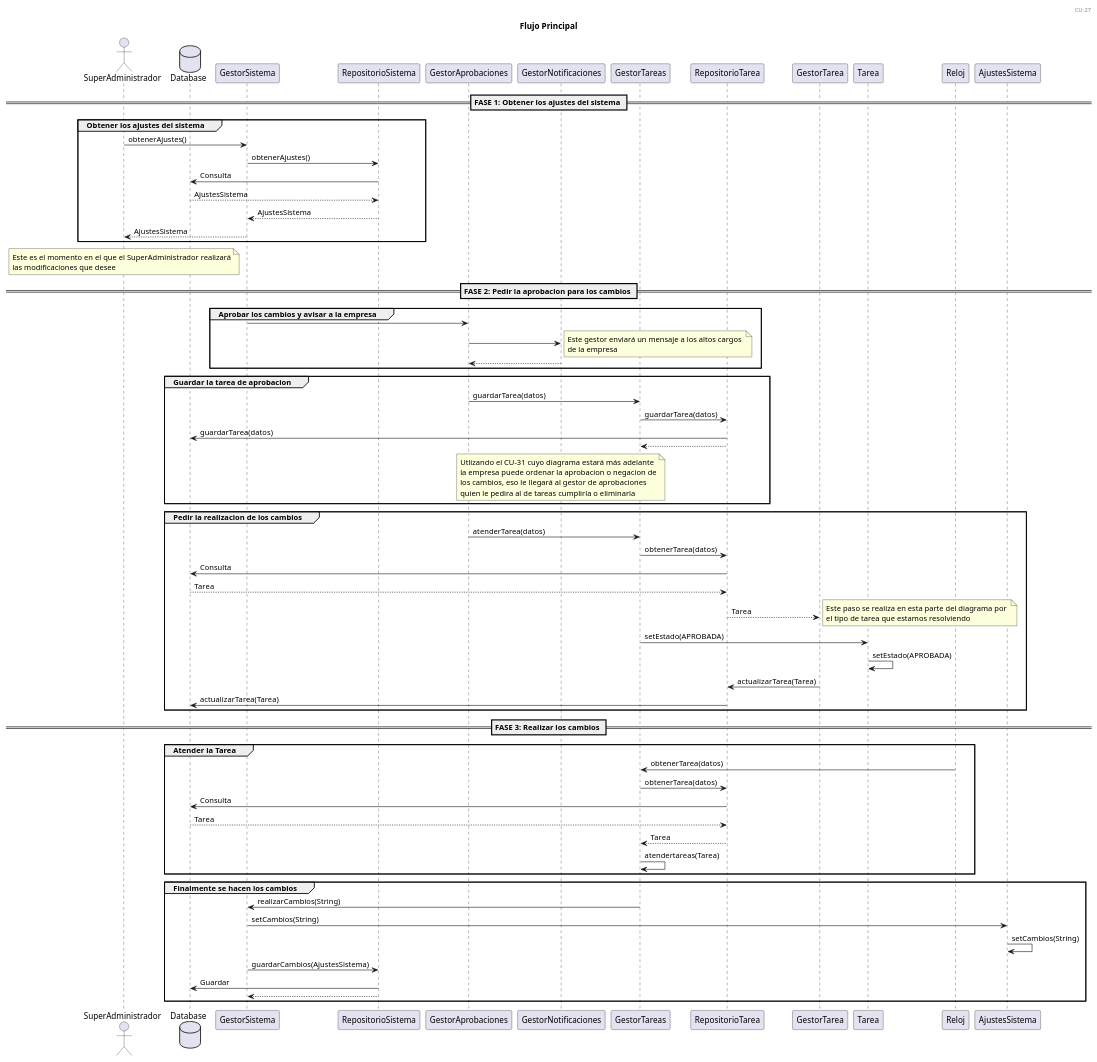
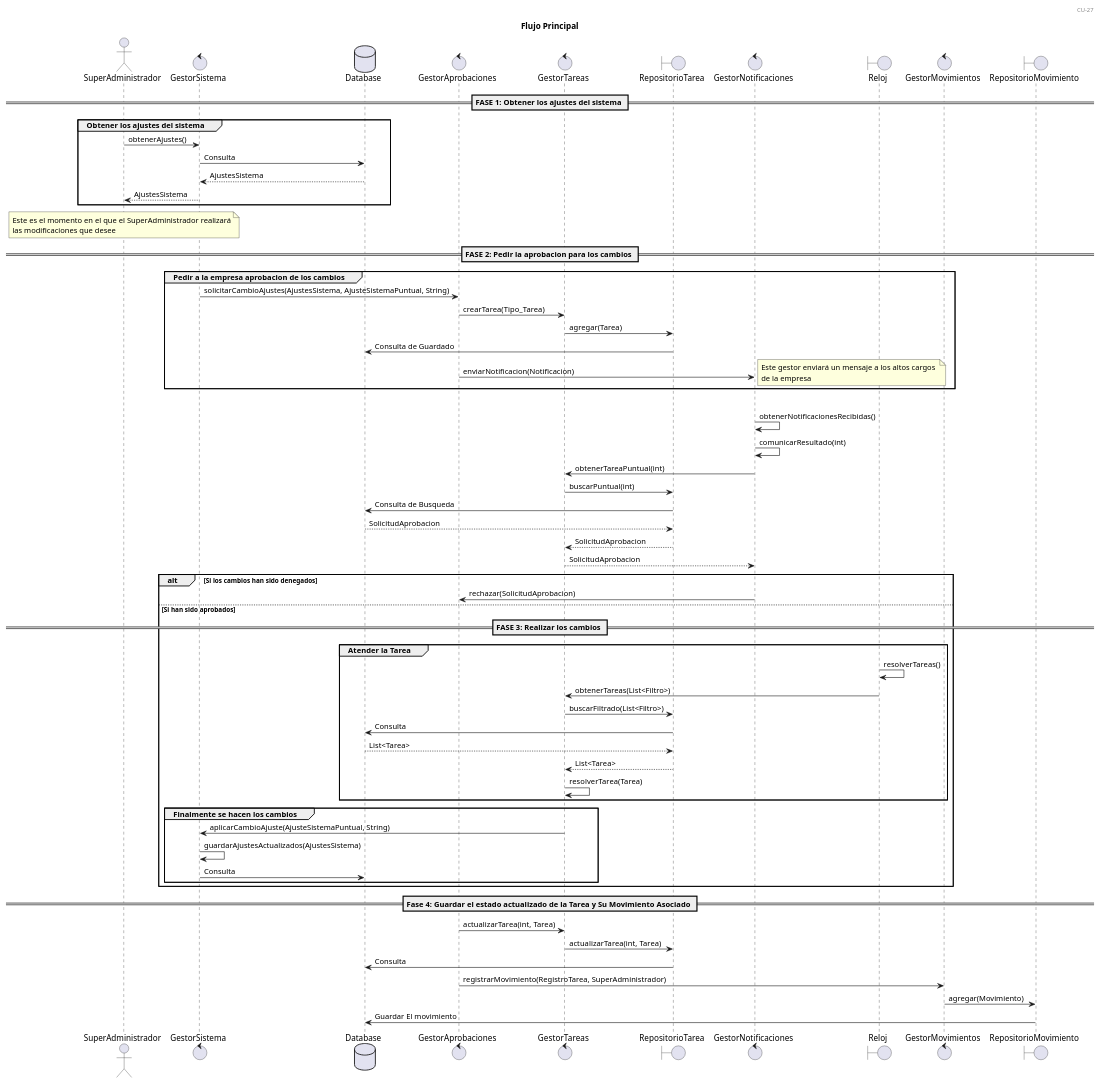
One commit to Vertossse/Elefantes changed the diagram in entrega2/diagramas/secuencias/CU-27.puml. Above: the diagram before and after it, drawn with PlantUML. The commit also changed 9 other files, not shown here.

```diff
--- a/entrega2/diagramas/secuencias/CU-27.puml
+++ b/entrega2/diagramas/secuencias/CU-27.puml
@@ -1,80 +1,80 @@
 @startuml
 
 header CU-27
 title Flujo Principal 
 actor SuperAdministrador
+control GestorSistema 
 database Database
+control GestorAprobaciones
+control GestorTareas 
+boundary RepositorioTarea 
+control GestorNotificaciones
+boundary Reloj 
+control GestorMovimientos
+boundary RepositorioMovimiento 
 == FASE 1: Obtener los ajustes del sistema == 
 group Obtener los ajustes del sistema 
   SuperAdministrador -> GestorSistema : obtenerAjustes()
-  GestorSistema -> RepositorioSistema : obtenerAjustes()
-  RepositorioSistema -> Database : Consulta 
-  Database --> RepositorioSistema : AjustesSistema
-  RepositorioSistema --> GestorSistema : AjustesSistema 
+  GestorSistema -> Database : Consulta 
+  Database --> GestorSistema : AjustesSistema
   GestorSistema --> SuperAdministrador : AjustesSistema
 end group 
 
 note over SuperAdministrador
   Este es el momento en el que el SuperAdministrador realizará
   las modificaciones que desee
 end note
 
 == FASE 2: Pedir la aprobacion para los cambios ==
-group Aprobar los cambios y avisar a la empresa 
-  GestorSistema -> GestorAprobaciones
-  GestorAprobaciones -> GestorNotificaciones
+group Pedir a la empresa aprobacion de los cambios 
+  GestorSistema -> GestorAprobaciones : solicitarCambioAjustes(AjustesSistema, AjusteSistemaPuntual, String)
+  GestorAprobaciones -> GestorTareas : crearTarea(Tipo_Tarea)
+  GestorTareas -> RepositorioTarea : agregar(Tarea)
+  RepositorioTarea -> Database : Consulta de Guardado
+  GestorAprobaciones -> GestorNotificaciones : enviarNotificacion(Notificacion)
   note right 
   Este gestor enviará un mensaje a los altos cargos 
   de la empresa
   end note 
-  GestorNotificaciones --> GestorAprobaciones
 end group 
-group Guardar la tarea de aprobacion
-  GestorAprobaciones -> GestorTareas : guardarTarea(datos)
-  GestorTareas -> RepositorioTarea : guardarTarea(datos)
-  RepositorioTarea -> Database : guardarTarea(datos)
-  RepositorioTarea --> GestorTareas
 
-  note over GestorNotificaciones
-  Utlizando el CU-31 cuyo diagrama estará más adelante
-  la empresa puede ordenar la aprobacion o negacion de
-  los cambios, eso le llegará al gestor de aprobaciones
-  quien le pedira al de tareas cumplirla o eliminarla
-  end note 
-end group 
-  
-group Pedir la realizacion de los cambios 
-GestorAprobaciones -> GestorTareas : atenderTarea(datos)
-GestorTareas -> RepositorioTarea : obtenerTarea(datos)
-RepositorioTarea -> Database : Consulta
-Database --> RepositorioTarea : Tarea
-RepositorioTarea --> GestorTarea : Tarea
-note right
-  Este paso se realiza en esta parte del diagrama por 
-  el tipo de tarea que estamos resolviendo 
-end note
-GestorTareas -> Tarea : setEstado(APROBADA)
-Tarea -> Tarea : setEstado(APROBADA) 
-GestorTarea -> RepositorioTarea : actualizarTarea(Tarea)
-RepositorioTarea -> Database : actualizarTarea(Tarea)
-end group
+group Una vez la empresa tome su decisión 
+GestorNotificaciones -> GestorNotificaciones : obtenerNotificacionesRecibidas()
+GestorNotificaciones -> GestorNotificaciones : comunicarResultado(int)
+GestorNotificaciones -> GestorTareas : obtenerTareaPuntual(int)
+GestorTareas -> RepositorioTarea : buscarPuntual(int)
+RepositorioTarea -> Database : Consulta de Busqueda 
+Database --> RepositorioTarea : SolicitudAprobacion
+RepositorioTarea --> GestorTareas : SolicitudAprobacion
+GestorTareas --> GestorNotificaciones : SolicitudAprobacion
 
+alt Si los cambios han sido denegados 
+GestorNotificaciones -> GestorAprobaciones : rechazar(SolicitudAprobacion)
+else Si han sido aprobados 
 == FASE 3: Realizar los cambios == 
 group Atender la Tarea
-Reloj -> GestorTareas : obtenerTarea(datos)
-GestorTareas -> RepositorioTarea : obtenerTarea(datos)
+Reloj -> Reloj : resolverTareas()
+Reloj -> GestorTareas : obtenerTareas(List<Filtro>)
+GestorTareas -> RepositorioTarea : buscarFiltrado(List<Filtro>)
 RepositorioTarea -> Database : Consulta 
-Database --> RepositorioTarea : Tarea
-RepositorioTarea --> GestorTareas : Tarea
-GestorTareas -> GestorTareas : atendertareas(Tarea)
+Database --> RepositorioTarea : List<Tarea>
+RepositorioTarea --> GestorTareas : List<Tarea>
+GestorTareas -> GestorTareas : resolverTarea(Tarea)
 end group 
 
 group Finalmente se hacen los cambios 
-GestorTareas -> GestorSistema : realizarCambios(String)
-GestorSistema -> AjustesSistema : setCambios(String)
-AjustesSistema -> AjustesSistema : setCambios(String)
-GestorSistema -> RepositorioSistema : guardarCambios(AjustesSistema)
-RepositorioSistema -> Database : Guardar
-RepositorioSistema --> GestorSistema
-end group 
+GestorTareas -> GestorSistema : aplicarCambioAjuste(AjusteSistemaPuntual, String)
+GestorSistema -> GestorSistema : guardarAjustesActualizados(AjustesSistema)
+GestorSistema -> Database : Consulta 
+end group
+end alt 
+
+== Fase 4: Guardar el estado actualizado de la Tarea y Su Movimiento Asociado == 
+GestorAprobaciones -> GestorTareas : actualizarTarea(int, Tarea)
+GestorTareas -> RepositorioTarea : actualizarTarea(int, Tarea)
+RepositorioTarea -> Database : Consulta 
+
+GestorAprobaciones -> GestorMovimientos : registrarMovimiento(RegistroTarea, SuperAdministrador)
+GestorMovimientos -> RepositorioMovimiento : agregar(Movimiento)
+RepositorioMovimiento -> Database : Guardar El movimiento
 @enduml
```
